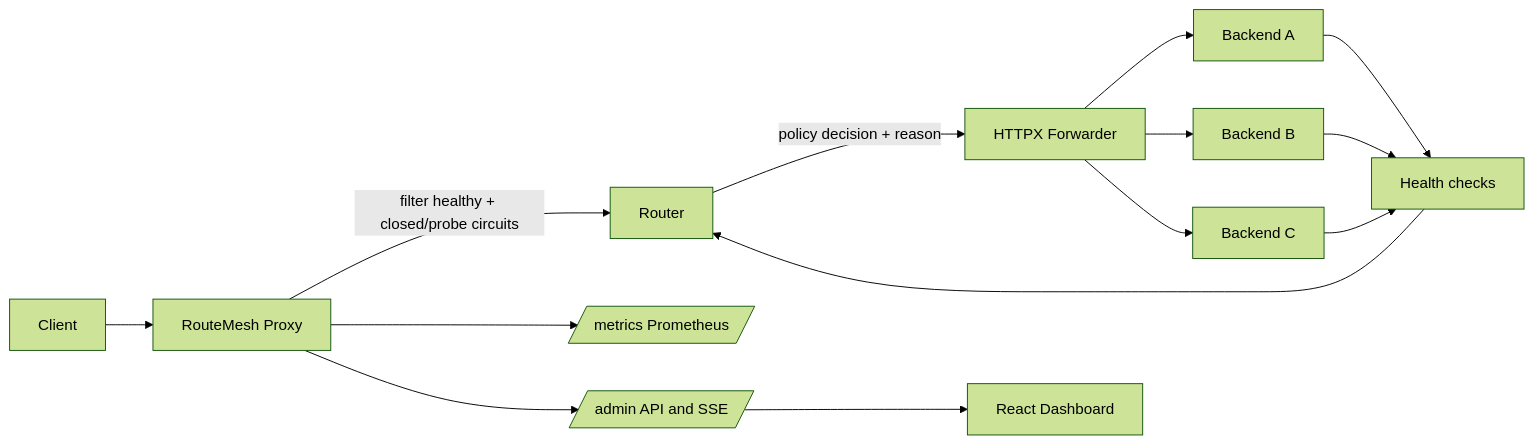
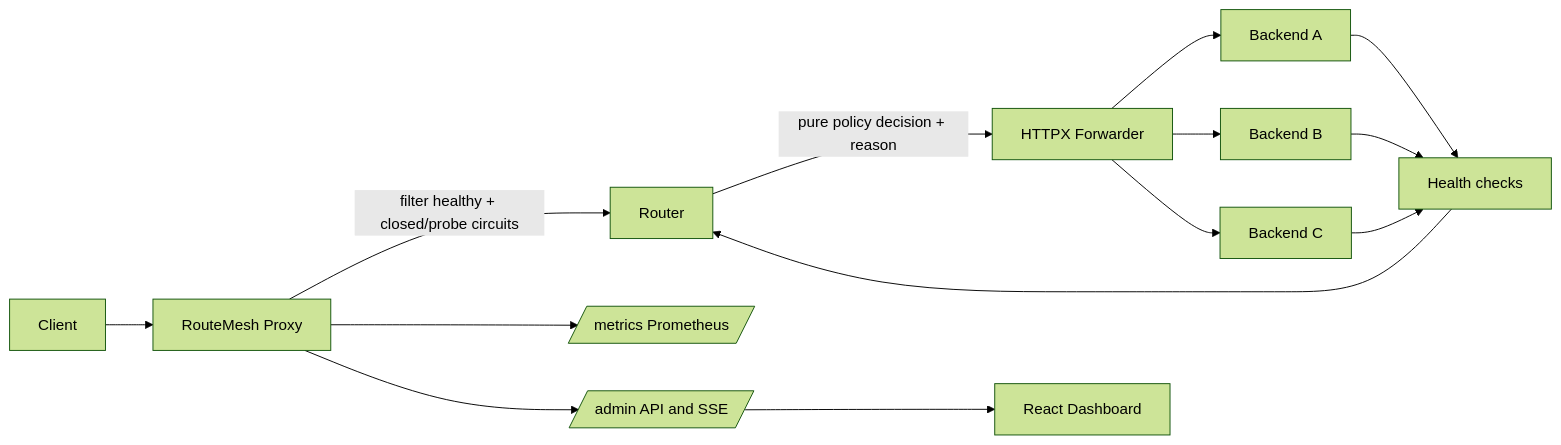
The diagram in README.md (nihalmachhi/RouteMesh), drawn with Mermaid (forest theme) before and after one commit. The commit also changed other lines of this file and 42 other files, not shown here.

````diff
--- a/README.md
+++ b/README.md
@@ -41,16 +33,16 @@
 ```mermaid
 flowchart LR
     C[Client] --> P[RouteMesh Proxy]
     P -->|filter healthy + closed/probe circuits| R[Router]
-    R -->|policy decision + reason| F[HTTPX Forwarder]
+    R -->|pure policy decision + reason| F[HTTPX Forwarder]
     F --> A[Backend A]
     F --> B[Backend B]
     F --> D[Backend C]
     A --> H[Health checks]
     B --> H
     D --> H
     P --> M[/metrics Prometheus/]
     P --> X[/admin API and SSE/]
     X --> UI[React Dashboard]
     H --> R
 ```
````
